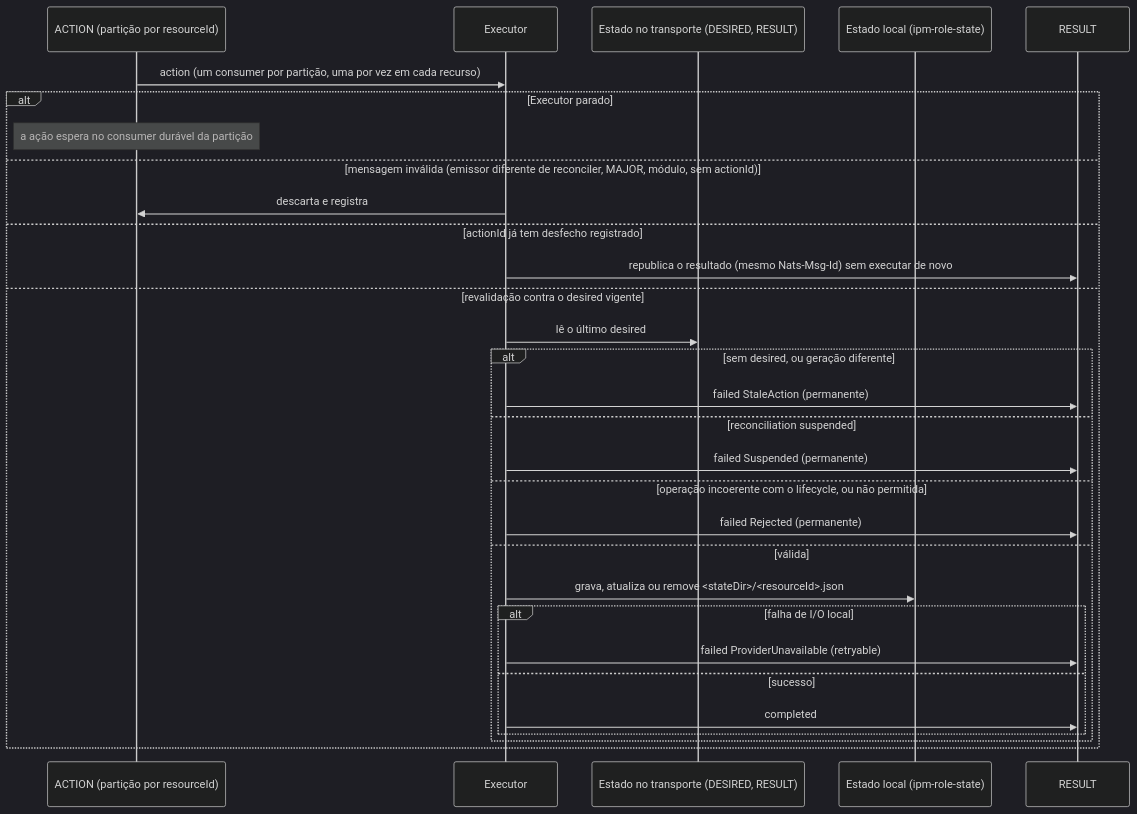
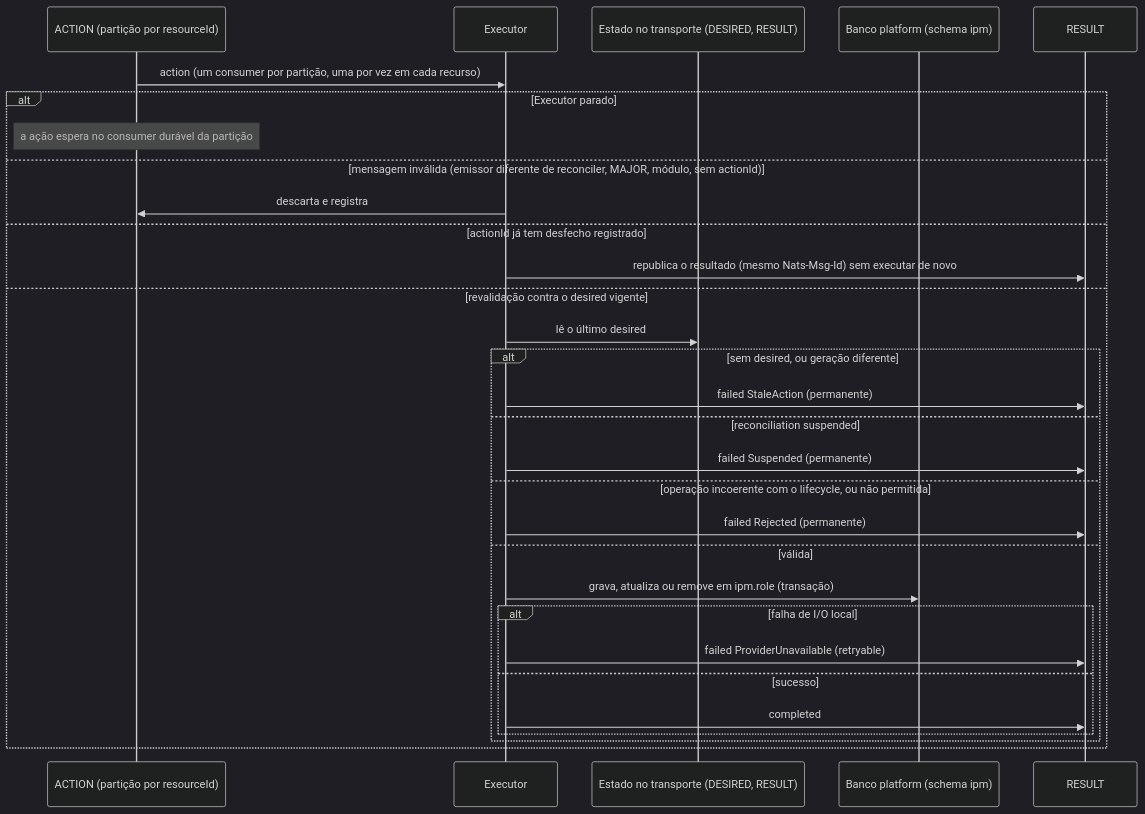
Before and after one commit to danielsabatini/smarkee: the diagram in features/ipm/role/docs/flow/06-falhas-no-executor.mmd, drawn with Mermaid (dark theme). The commit also changed 41 other files, not shown here.

Commit message:
feat(ipm): ipm/role usa o banco platform como plano de dados multi-tenant (decisao 0086)

```diff
--- a/features/ipm/role/docs/flow/06-falhas-no-executor.mmd
+++ b/features/ipm/role/docs/flow/06-falhas-no-executor.mmd
@@ -1,30 +1,30 @@
 sequenceDiagram
   participant A as ACTION (partição por resourceId)
   participant EX as Executor
   participant S as Estado no transporte (DESIRED, RESULT)
-  participant ST as Estado local (ipm-role-state)
+  participant ST as Banco platform (schema ipm)
   participant RES as RESULT
   A->>EX: action (um consumer por partição, uma por vez em cada recurso)
   alt Executor parado
     Note over A: a ação espera no consumer durável da partição
   else mensagem inválida (emissor diferente de reconciler, MAJOR, módulo, sem actionId)
     EX->>A: descarta e registra
   else actionId já tem desfecho registrado
     EX->>RES: republica o resultado (mesmo Nats-Msg-Id) sem executar de novo
   else revalidação contra o desired vigente
     EX->>S: lê o último desired
     alt sem desired, ou geração diferente
       EX->>RES: failed StaleAction (permanente)
     else reconciliation suspended
       EX->>RES: failed Suspended (permanente)
     else operação incoerente com o lifecycle, ou não permitida
       EX->>RES: failed Rejected (permanente)
     else válida
-      EX->>ST: grava, atualiza ou remove <stateDir>/<resourceId>.json
+      EX->>ST: grava, atualiza ou remove em ipm.role (transação)
       alt falha de I/O local
         EX->>RES: failed ProviderUnavailable (retryable)
       else sucesso
         EX->>RES: completed
       end
     end
   end
```
